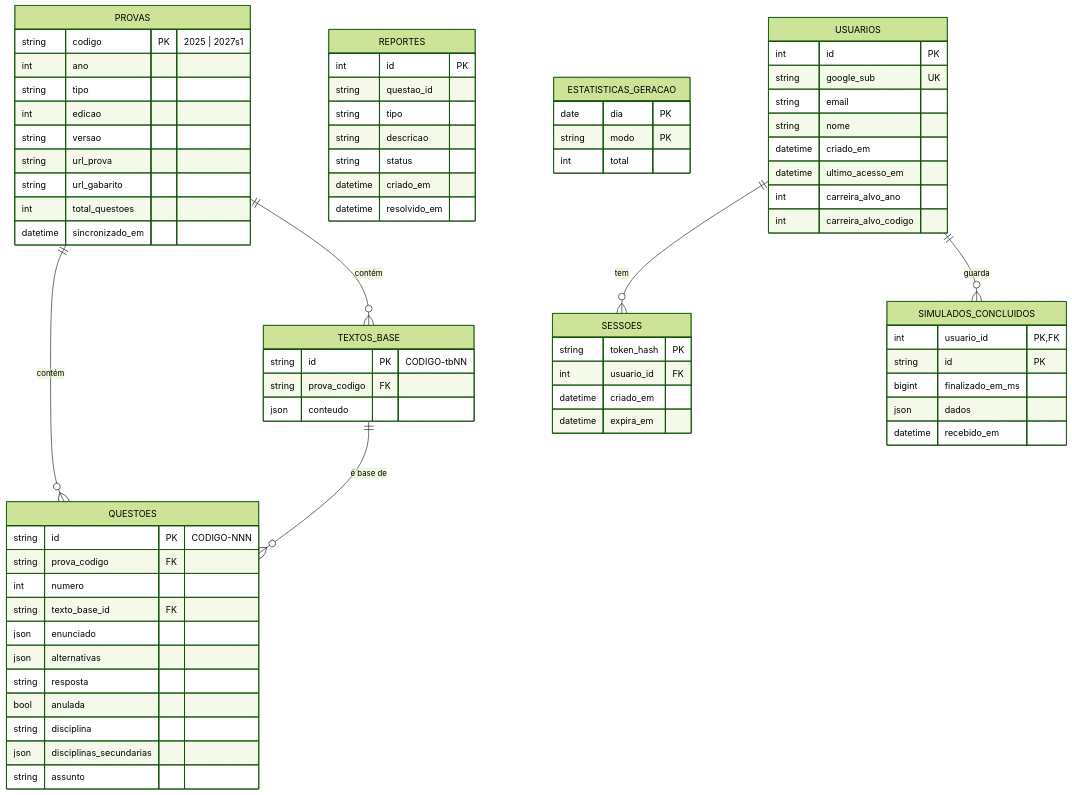
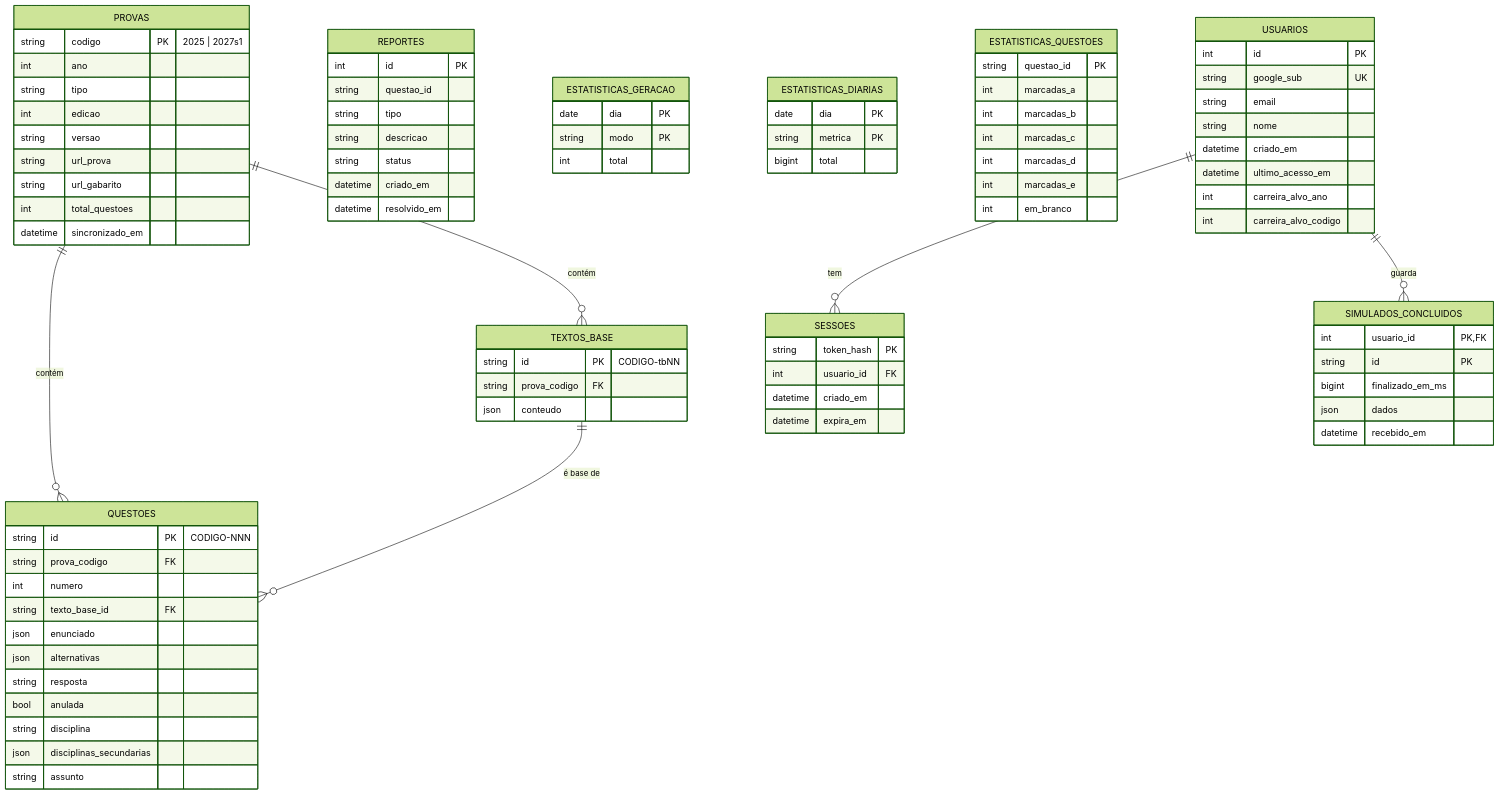
One commit to RafaelPeixoto01/simulado-fuvest changed the third of 4 diagrams in docs/02-ARCHITECTURE.md. Above: the diagram before and after it, drawn with Mermaid (forest theme). The commit also changed other lines of this file and 4 other files, not shown here.

First line of the commit message:
docs: update PRD, Architecture and Spec for CR-013

```diff
--- a/docs/02-ARCHITECTURE.md
+++ b/docs/02-ARCHITECTURE.md
@@ -228,6 +230,20 @@
         string modo PK
         int total
     }
+    ESTATISTICAS_DIARIAS {
+        date dia PK
+        string metrica PK
+        bigint total
+    }
+    ESTATISTICAS_QUESTOES {
+        string questao_id PK
+        int marcadas_a
+        int marcadas_b
+        int marcadas_c
+        int marcadas_d
+        int marcadas_e
+        int em_branco
+    }
     USUARIOS {
         int id PK
         string google_sub UK
```
